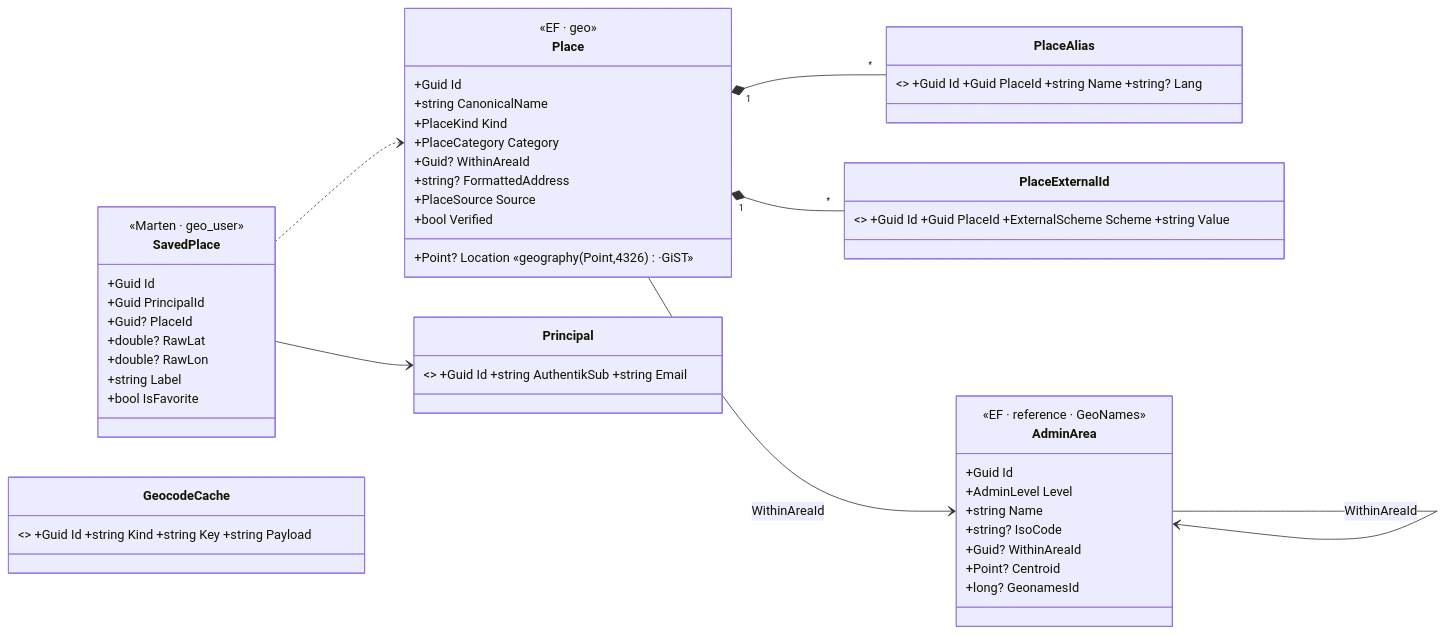
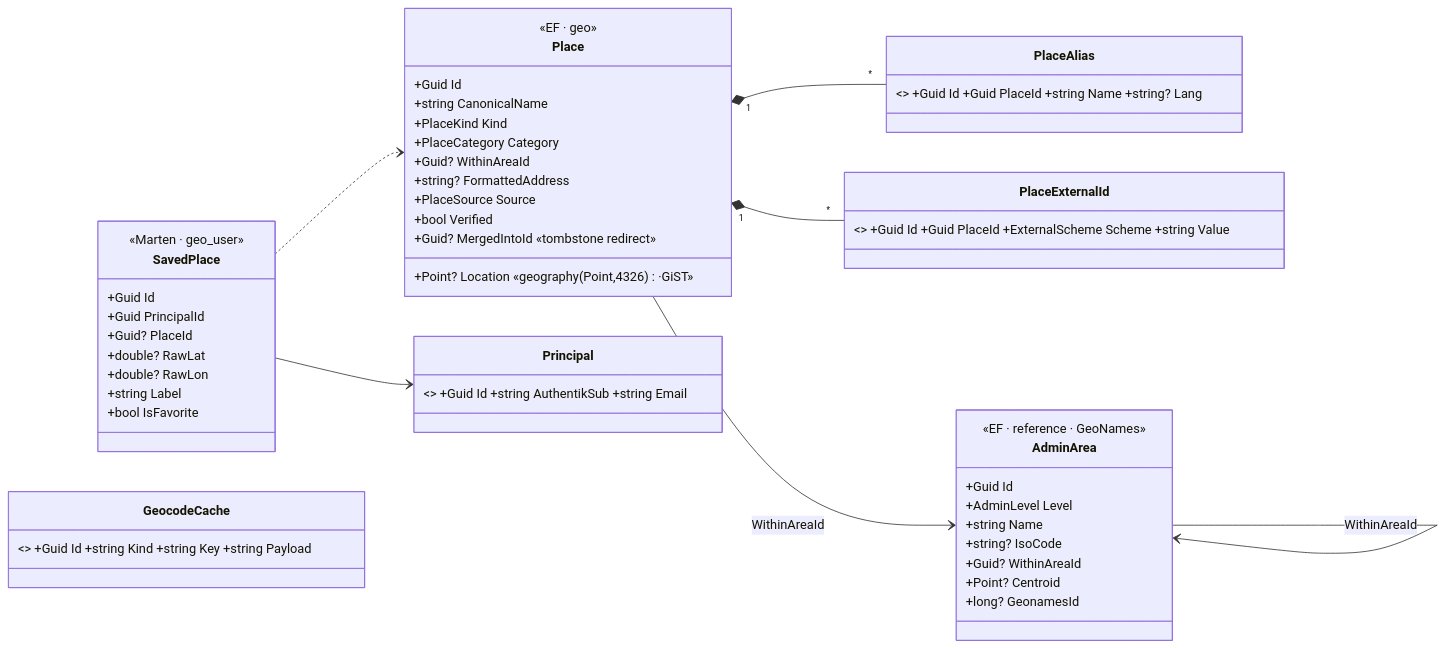
Before and after one commit to danbro96/LupiraGeoApi: the diagram in docs/architecture.md, drawn with Mermaid. The commit also changed other lines of this file and 31 other files, not shown here.

````diff
--- a/docs/architecture.md
+++ b/docs/architecture.md
@@ -45,46 +45,47 @@
 ```mermaid
 classDiagram
     direction LR
     class Place {
         <<EF · geo>>
         +Guid Id
         +string CanonicalName
         +PlaceKind Kind
         +PlaceCategory Category
         +Point? Location  «geography(Point,4326)·GiST»
         +Guid? WithinAreaId
         +string? FormattedAddress
         +PlaceSource Source
         +bool Verified
+        +Guid? MergedIntoId  «tombstone redirect»
     }
     class PlaceAlias { <<EF>> +Guid Id +Guid PlaceId +string Name +string? Lang }
     class PlaceExternalId { <<EF>> +Guid Id +Guid PlaceId +ExternalScheme Scheme +string Value }
     class AdminArea {
         <<EF · reference · GeoNames>>
         +Guid Id
         +AdminLevel Level
         +string Name
         +string? IsoCode
         +Guid? WithinAreaId
         +Point? Centroid
         +long? GeonamesId
     }
     class SavedPlace {
         <<Marten · geo_user>>
         +Guid Id
         +Guid PrincipalId
         +Guid? PlaceId
         +double? RawLat
         +double? RawLon
         +string Label
         +bool IsFavorite
     }
     class GeocodeCache { <<Marten · geo_user>> +Guid Id +string Kind +string Key +string Payload }
     class Principal { <<Marten · geo_user>> +Guid Id +string AuthentikSub +string Email }
     Place --> AdminArea : WithinAreaId
     Place "1" *-- "*" PlaceAlias
     Place "1" *-- "*" PlaceExternalId
     AdminArea --> AdminArea : WithinAreaId
     SavedPlace ..> Place
     SavedPlace --> Principal
 ```
````
